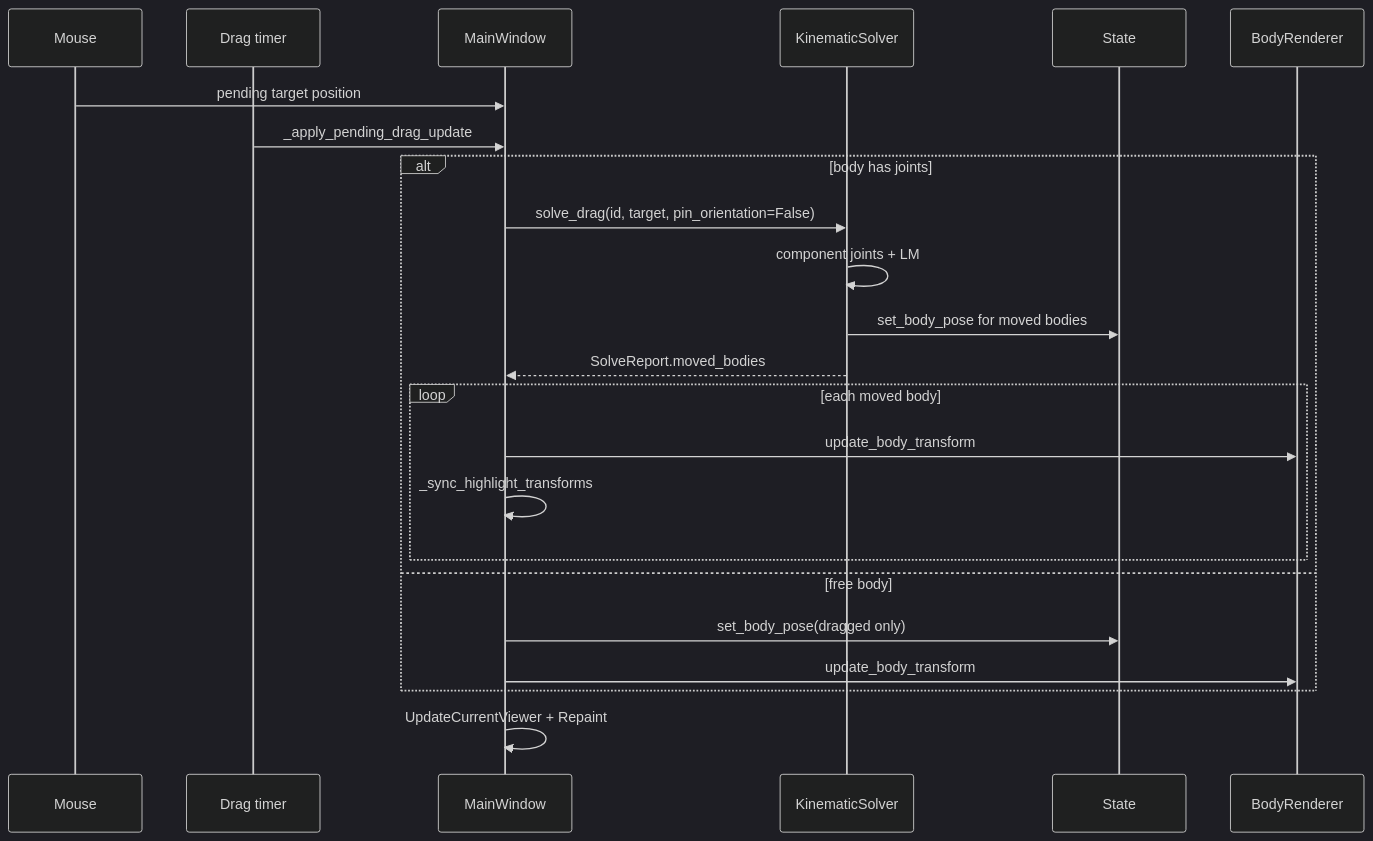
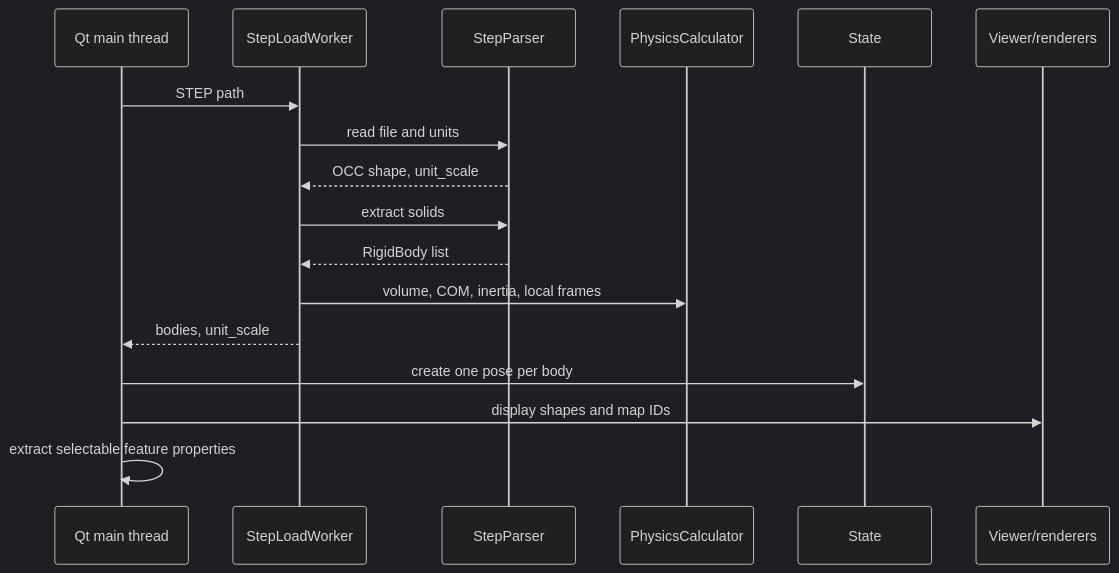
The second of 4 diagrams in Documentation/documentation.md (utk11/MBD-PreProcessor), drawn with Mermaid (dark theme) before and after one commit. The commit also changed other lines of this file, not shown here.

````diff
--- a/Documentation/documentation.md
+++ b/Documentation/documentation.md
@@ -421,26 +172,20 @@
 ```mermaid
 sequenceDiagram
-    participant Mouse
-    participant Timer as Drag timer
-    participant MW as MainWindow
-    participant KS as KinematicSolver
-    participant St as State
-    participant BR as BodyRenderer
+    participant UI as Qt main thread
+    participant W as StepLoadWorker
+    participant P as StepParser
+    participant Ph as PhysicsCalculator
+    participant S as State
+    participant V as Viewer/renderers
 
-    Mouse->>MW: pending target position
-    Timer->>MW: _apply_pending_drag_update
-    alt body has joints
-        MW->>KS: solve_drag(id, target, pin_orientation=False)
-        KS->>KS: component joints + LM
-        KS->>St: set_body_pose for moved bodies
-        KS-->>MW: SolveReport.moved_bodies
-        loop each moved body
-            MW->>BR: update_body_transform
-            MW->>MW: _sync_highlight_transforms
-        end
-    else free body
-        MW->>St: set_body_pose(dragged only)
-        MW->>BR: update_body_transform
-    end
-    MW->>MW: UpdateCurrentViewer + Repaint
+    UI->>W: STEP path
+    W->>P: read file and units
+    P-->>W: OCC shape, unit_scale
+    W->>P: extract solids
+    P-->>W: RigidBody list
+    W->>Ph: volume, COM, inertia, local frames
+    W-->>UI: bodies, unit_scale
+    UI->>S: create one pose per body
+    UI->>V: display shapes and map IDs
+    UI->>UI: extract selectable feature properties
 ```
````
